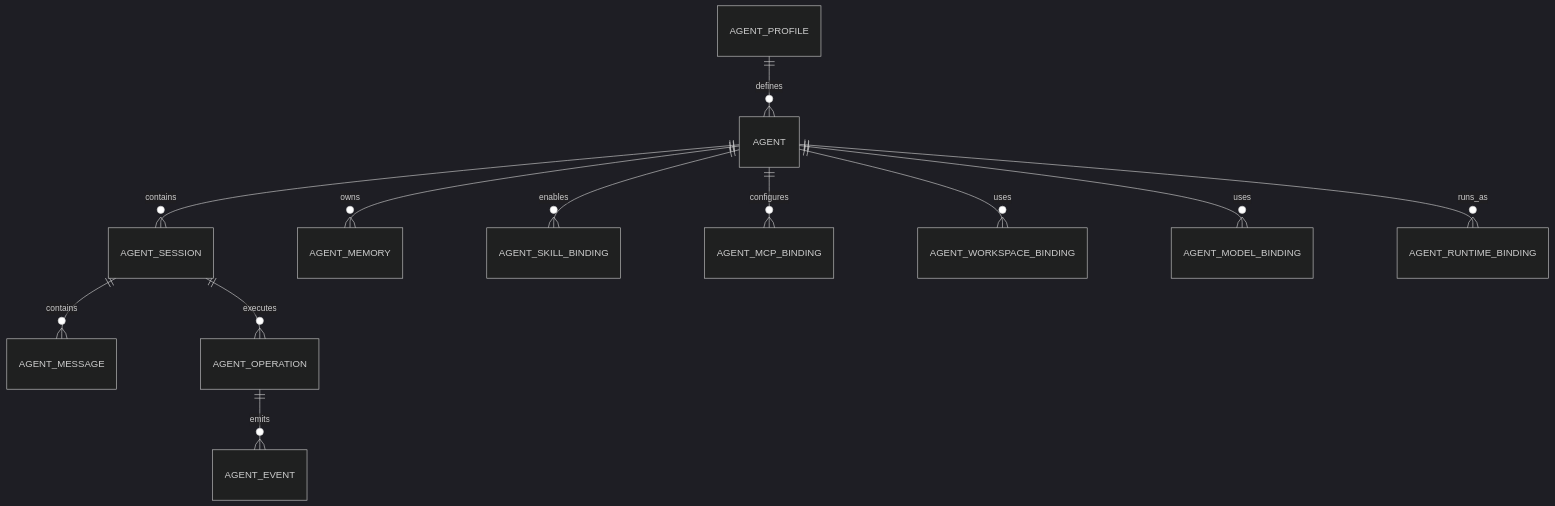
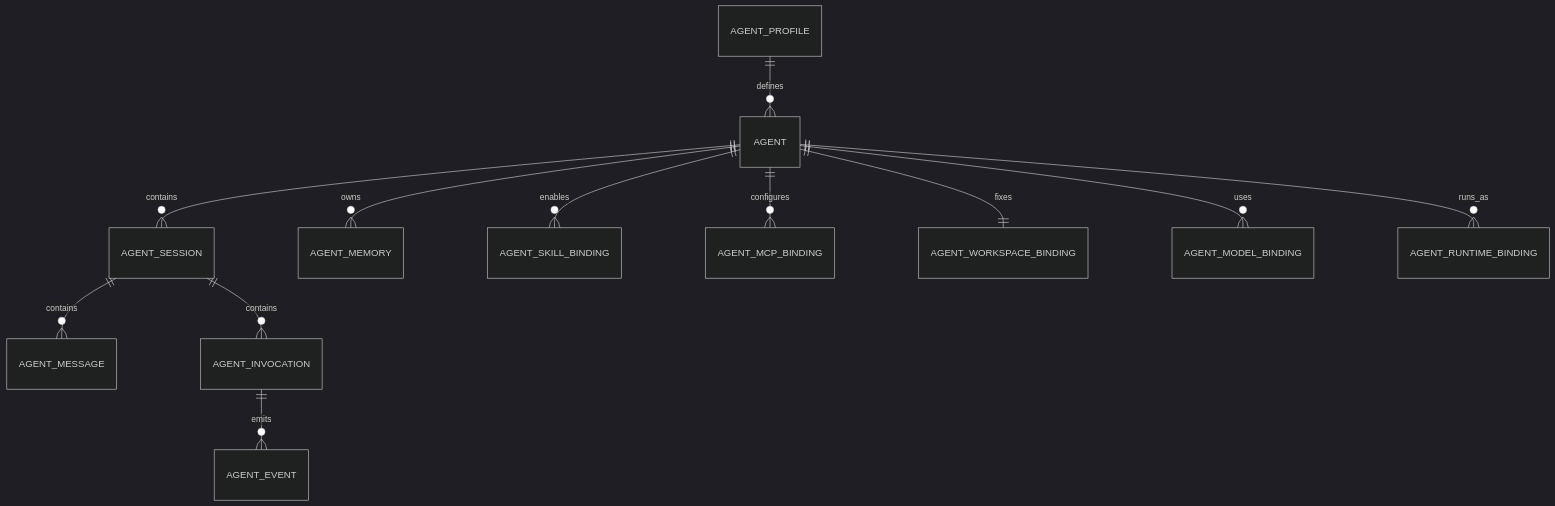
One commit to wangweihong/omnimam-spec changed the third of 9 diagrams in 00_product/domains/agent/product-spec.md. Above: the diagram before and after it, drawn with Mermaid (dark theme). The commit also changed other lines of this file and 38 other files, not shown here.

````diff
--- a/00_product/domains/agent/product-spec.md
+++ b/00_product/domains/agent/product-spec.md
@@ -689,15 +701,15 @@
 ```mermaid
 erDiagram
     AGENT_PROFILE ||--o{ AGENT : defines
     AGENT ||--o{ AGENT_SESSION : contains
     AGENT ||--o{ AGENT_MEMORY : owns
     AGENT ||--o{ AGENT_SKILL_BINDING : enables
     AGENT ||--o{ AGENT_MCP_BINDING : configures
-    AGENT ||--o{ AGENT_WORKSPACE_BINDING : uses
+    AGENT ||--|| AGENT_WORKSPACE_BINDING : fixes
     AGENT ||--o{ AGENT_MODEL_BINDING : uses
     AGENT ||--o{ AGENT_RUNTIME_BINDING : runs_as
 
     AGENT_SESSION ||--o{ AGENT_MESSAGE : contains
-    AGENT_SESSION ||--o{ AGENT_OPERATION : executes
-    AGENT_OPERATION ||--o{ AGENT_EVENT : emits
+    AGENT_SESSION ||--o{ AGENT_INVOCATION : contains
+    AGENT_INVOCATION ||--o{ AGENT_EVENT : emits
 ```
````
